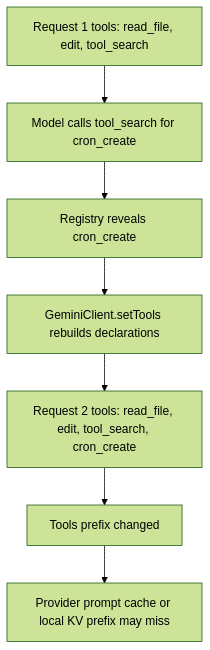
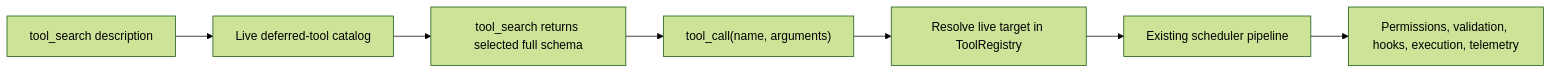
The diagram in docs/design/prompt-cache/deferred-tool-call-stable-schema.md (QwenLM/qwen-code), drawn with Mermaid (forest theme) before and after one commit. The commit also changed other lines of this file and 50 other files, not shown here.

Commit message:
refactor(core): move deferred catalog into tool search

````diff
--- a/docs/design/prompt-cache/deferred-tool-call-stable-schema.md
+++ b/docs/design/prompt-cache/deferred-tool-call-stable-schema.md
@@ -19,9 +32,9 @@
 ```mermaid
-flowchart TD
-  A["Request 1 tools: read_file, edit, tool_search"] --> B["Model calls tool_search for cron_create"]
-  B --> C["Registry reveals cron_create"]
-  C --> D["GeminiClient.setTools rebuilds declarations"]
-  D --> E["Request 2 tools: read_file, edit, tool_search, cron_create"]
-  E --> F["Tools prefix changed"]
-  F --> G["Provider prompt cache or local KV prefix may miss"]
+flowchart LR
+  A["tool_search description"] --> B["Live deferred-tool catalog"]
+  B --> C["tool_search returns selected full schema"]
+  C --> D["tool_call(name, arguments)"]
+  D --> E["Resolve live target in ToolRegistry"]
+  E --> F["Existing scheduler pipeline"]
+  F --> G["Permissions, validation, hooks, execution, telemetry"]
 ```
````
